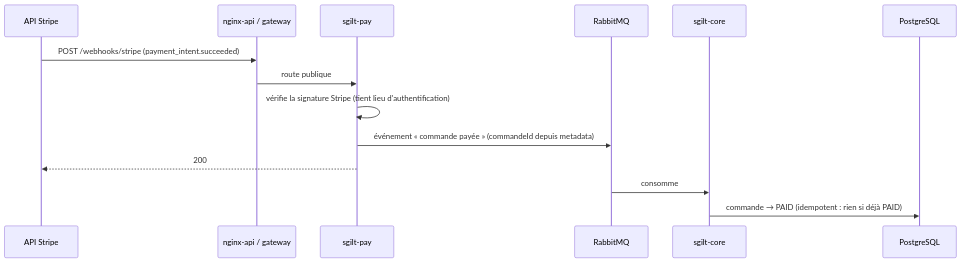
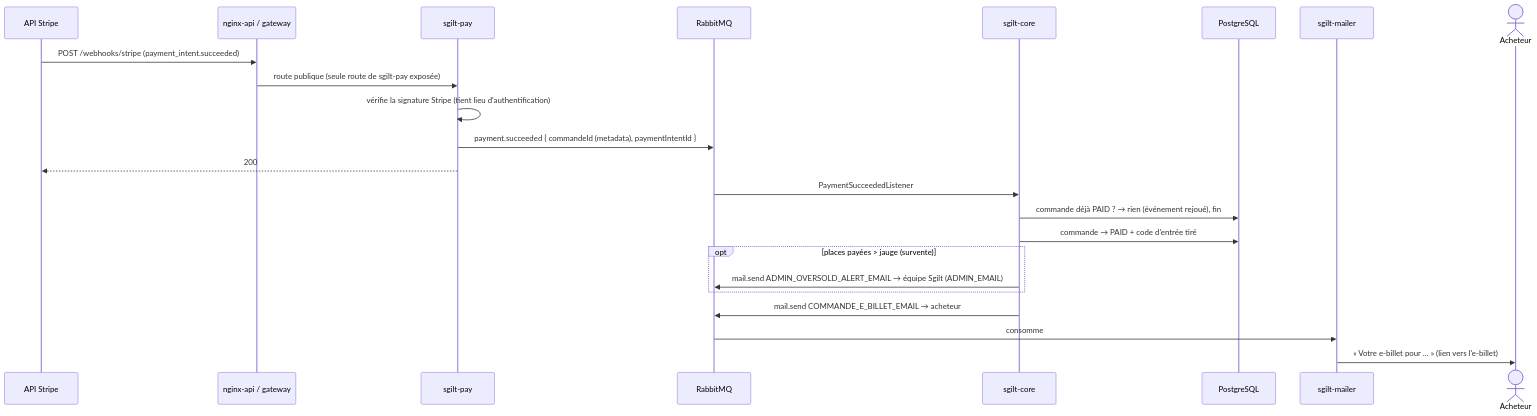
One commit to franzk/sgilt changed the fourth of 4 diagrams in doc/BILLETTERIE_PAIEMENT_FLOW.md. Above: the diagram before and after it, drawn with Mermaid. The commit also changed other lines of this file, not shown here.

````diff
--- a/doc/BILLETTERIE_PAIEMENT_FLOW.md
+++ b/doc/BILLETTERIE_PAIEMENT_FLOW.md
@@ -189,17 +198,26 @@
 ```mermaid
 sequenceDiagram
     participant Stripe as API Stripe
-    participant Nginx as nginx-api / gateway
+    participant GW as nginx-api / gateway
     participant Pay as sgilt-pay
     participant MQ as RabbitMQ
     participant Core as sgilt-core
     participant DB as PostgreSQL
+    participant Mailer as sgilt-mailer
+    actor Acheteur
 
-    Stripe->>Nginx: POST /webhooks/stripe (payment_intent.succeeded)
-    Nginx->>Pay: route publique
+    Stripe->>GW: POST /webhooks/stripe (payment_intent.succeeded)
+    GW->>Pay: route publique (seule route de sgilt-pay exposée)
     Pay->>Pay: vérifie la signature Stripe (tient lieu d'authentification)
-    Pay->>MQ: événement « commande payée » (commandeId depuis metadata)
+    Pay->>MQ: payment.succeeded { commandeId (metadata), paymentIntentId }
     Pay-->>Stripe: 200
-    MQ->>Core: consomme
-    Core->>DB: commande → PAID (idempotent : rien si déjà PAID)
+    MQ->>Core: PaymentSucceededListener
+    Core->>DB: commande déjà PAID ? → rien (événement rejoué), fin
+    Core->>DB: commande → PAID + code d'entrée tiré
+    opt places payées > jauge (survente)
+        Core->>MQ: mail.send ADMIN_OVERSOLD_ALERT_EMAIL → équipe Sgilt (ADMIN_EMAIL)
+    end
+    Core->>MQ: mail.send COMMANDE_E_BILLET_EMAIL → acheteur
+    MQ->>Mailer: consomme
+    Mailer->>Acheteur: « Votre e-billet pour … » (lien vers l'e-billet)
 ```
````
